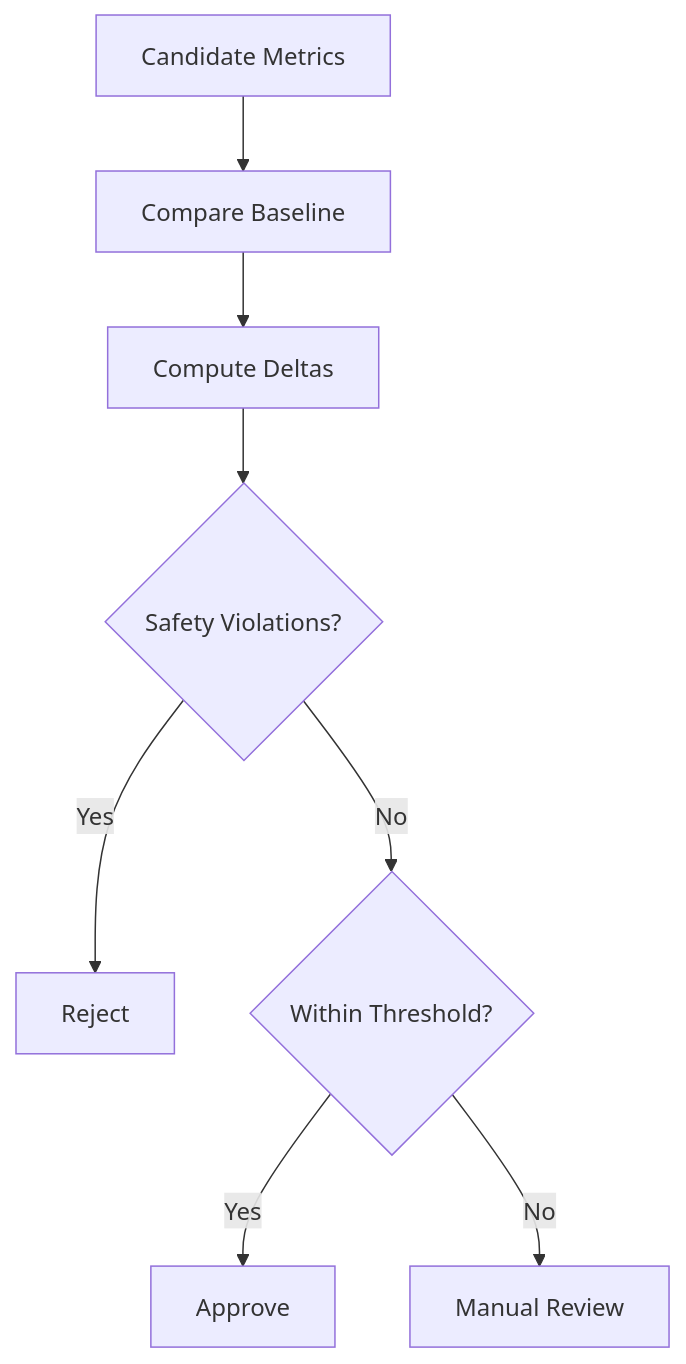
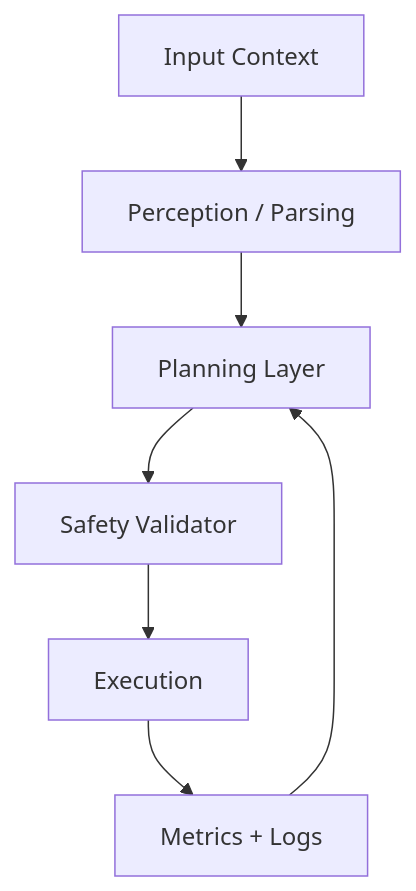
Before and after one commit to MariumAfzal2703/physical-ai-humanoid-robotics-textbook: the diagram in docs/module-2-simulation/metrics-regression-gates.mdx, drawn with Mermaid. The commit also changed other lines of this file and 13 other files, not shown here.

````diff
--- a/docs/module-2-simulation/metrics-regression-gates.mdx
+++ b/docs/module-2-simulation/metrics-regression-gates.mdx
@@ -46,10 +125,9 @@
 ```mermaid
 flowchart TD
-  A[Candidate Metrics] --> B[Compare Baseline]
-  B --> C[Compute Deltas]
-  C --> D{Safety Violations?}
-  D -- Yes --> E[Reject]
-  D -- No --> F{Within Threshold?}
-  F -- Yes --> G[Approve]
-  F -- No --> H[Manual Review]
+  A[Input Context] --> B[Perception / Parsing]
+  B --> C[Planning Layer]
+  C --> D[Safety Validator]
+  D --> E[Execution]
+  E --> F[Metrics + Logs]
+  F --> C
 ```
````
